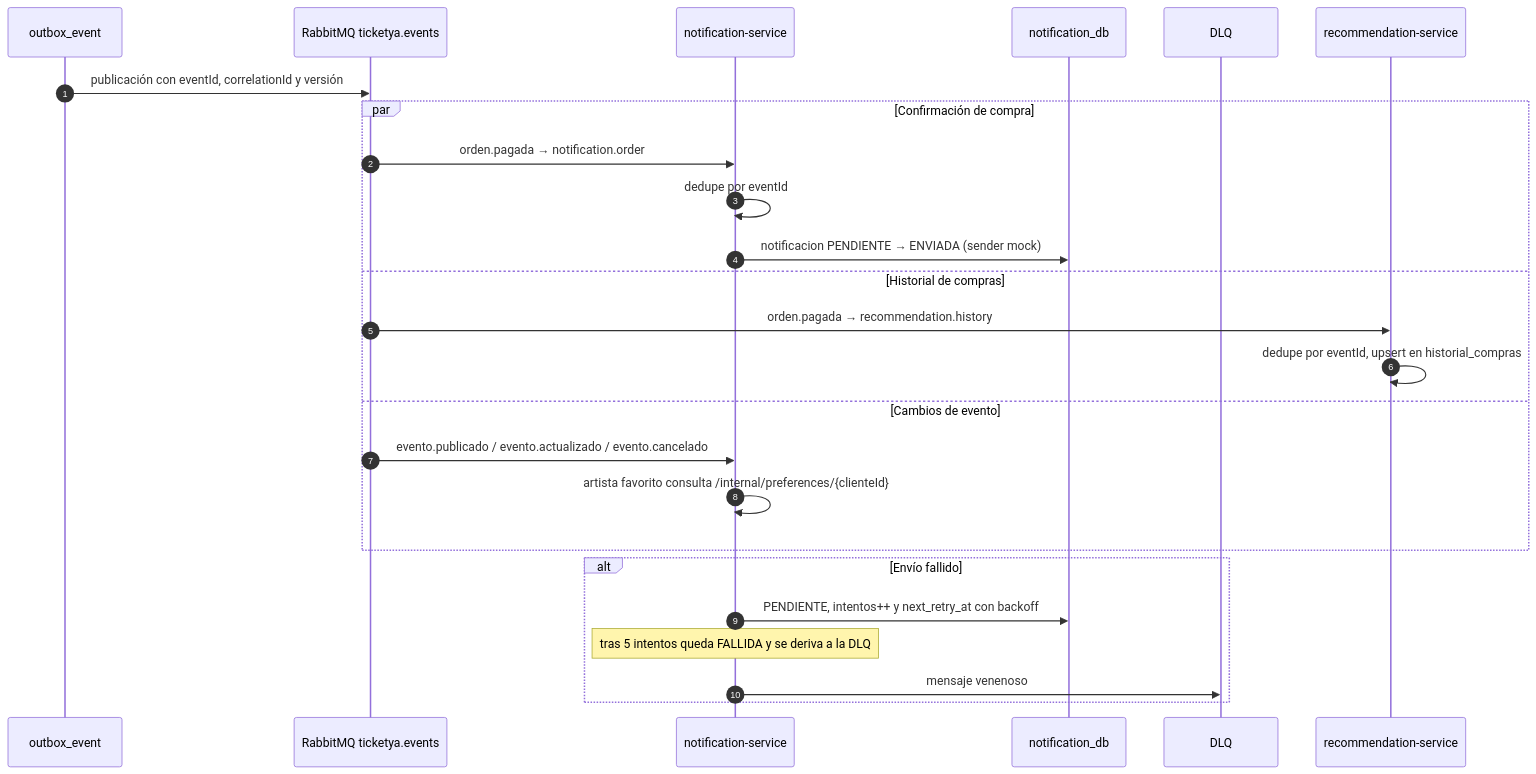
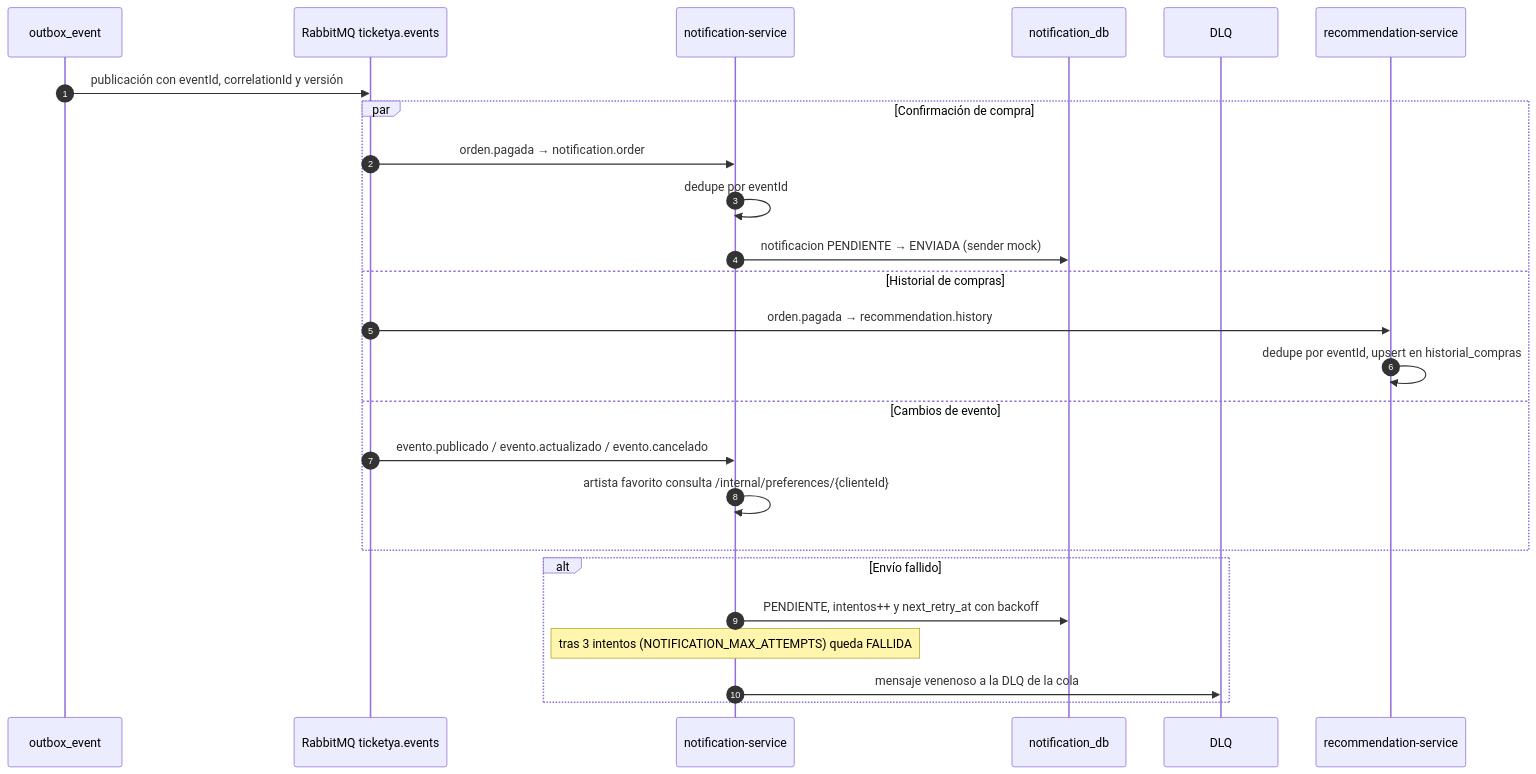
The seventh of 8 diagrams in TP-TicketYa/docs/arquitectura.md (Pabloaguirre23/ArquitecturaWeb), drawn with Mermaid before and after one commit. The commit also changed other lines of this file and 96 other files, not shown here.

````diff
--- a/TP-TicketYa/docs/arquitectura.md
+++ b/TP-TicketYa/docs/arquitectura.md
@@ -290,28 +292,28 @@
 ```mermaid
 sequenceDiagram
     autonumber
     participant B as outbox_event
     participant MQ as RabbitMQ ticketya.events
     participant N as notification-service
     participant DB as notification_db
     participant MQDLQ as DLQ
     participant R as recommendation-service
 
     B->>MQ: publicación con eventId, correlationId y versión
     par Confirmación de compra
         MQ->>N: orden.pagada → notification.order
         N->>N: dedupe por eventId
         N->>DB: notificacion PENDIENTE → ENVIADA (sender mock)
     and Historial de compras
         MQ->>R: orden.pagada → recommendation.history
         R->>R: dedupe por eventId, upsert en historial_compras
     and Cambios de evento
         MQ->>N: evento.publicado / evento.actualizado / evento.cancelado
         N->>N: artista favorito consulta /internal/preferences/{clienteId}
     end
     alt Envío fallido
         N->>DB: PENDIENTE, intentos++ y next_retry_at con backoff
-        Note over N: tras 5 intentos queda FALLIDA y se deriva a la DLQ
-        N->>MQDLQ: mensaje venenoso
+        Note over N: tras 3 intentos (NOTIFICATION_MAX_ATTEMPTS) queda FALLIDA
+        N->>MQDLQ: mensaje venenoso a la DLQ de la cola
     end
 ```
````
